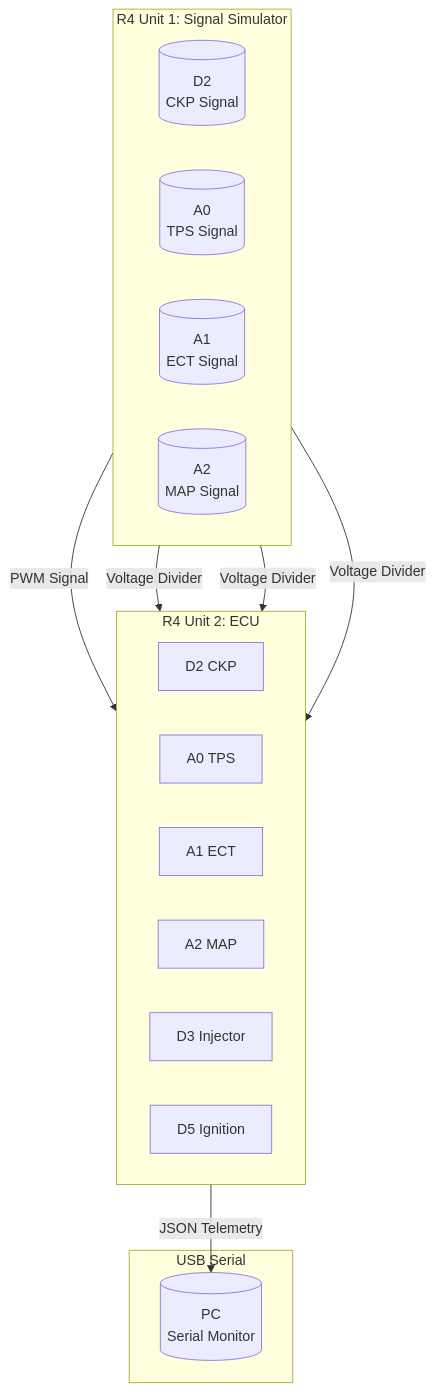
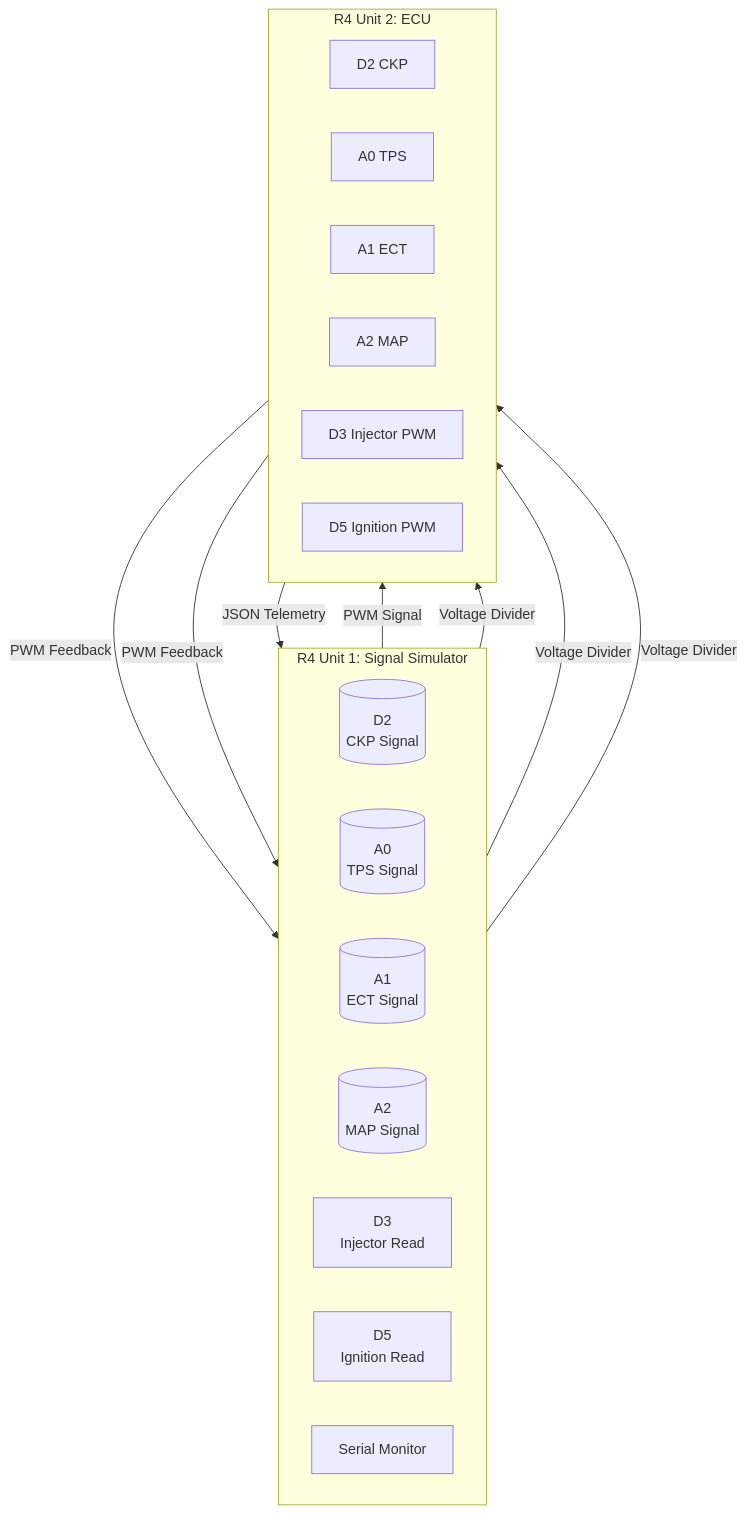
One commit to pvkarthikk/sdtb_ecu changed the diagram in README.md. Above: the diagram before and after it, drawn with Mermaid. The commit also changed other lines of this file, not shown here.

Commit message:
added feedback check in simulator

````diff
--- a/README.md
+++ b/README.md
@@ -31,31 +31,33 @@
 ```mermaid
 flowchart TD
     subgraph Simulator["R4 Unit 1: Signal Simulator"]
         direction LR
         CKP[("D2<br>CKP Signal")]
         TPS[("A0<br>TPS Signal")]
         ECT[("A1<br>ECT Signal")]
         MAP[("A2<br>MAP Signal")]
+        INJ_READ["D3<br>Injector Read"]
+        IGN_READ["D5<br>Ignition Read"]
+        MON_S["Serial Monitor"]
     end
 
     subgraph ECU["R4 Unit 2: ECU"]
         direction LR
         CKP_in["D2 CKP"]
         TPS_in["A0 TPS"]
         ECT_in["A1 ECT"]
         MAP_in["A2 MAP"]
-        INJ["D3 Injector"]
-        IGN["D5 Ignition"]
-    end
-
-    subgraph Serial["USB Serial"]
-        MON[("PC<br>Serial Monitor")]
+        INJ["D3 Injector PWM"]
+        IGN["D5 Ignition PWM"]
     end
 
     CKP -->|PWM Signal| CKP_in
     TPS -->|Voltage Divider| TPS_in
     ECT -->|Voltage Divider| ECT_in
     MAP -->|Voltage Divider| MAP_in
 
-    ECU -->|JSON Telemetry| MON
+    INJ -->|PWM Feedback| INJ_READ
+    IGN -->|PWM Feedback| IGN_READ
+
+    ECU -->|JSON Telemetry| MON_S
 ```
````
